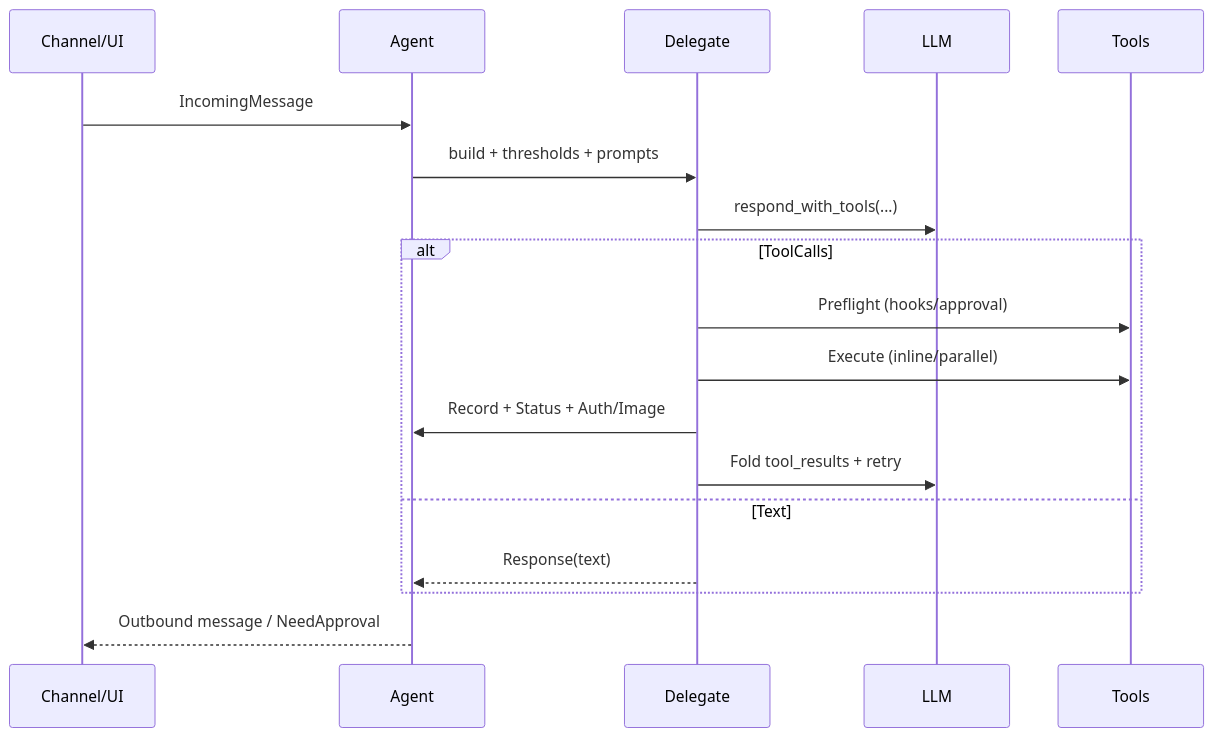
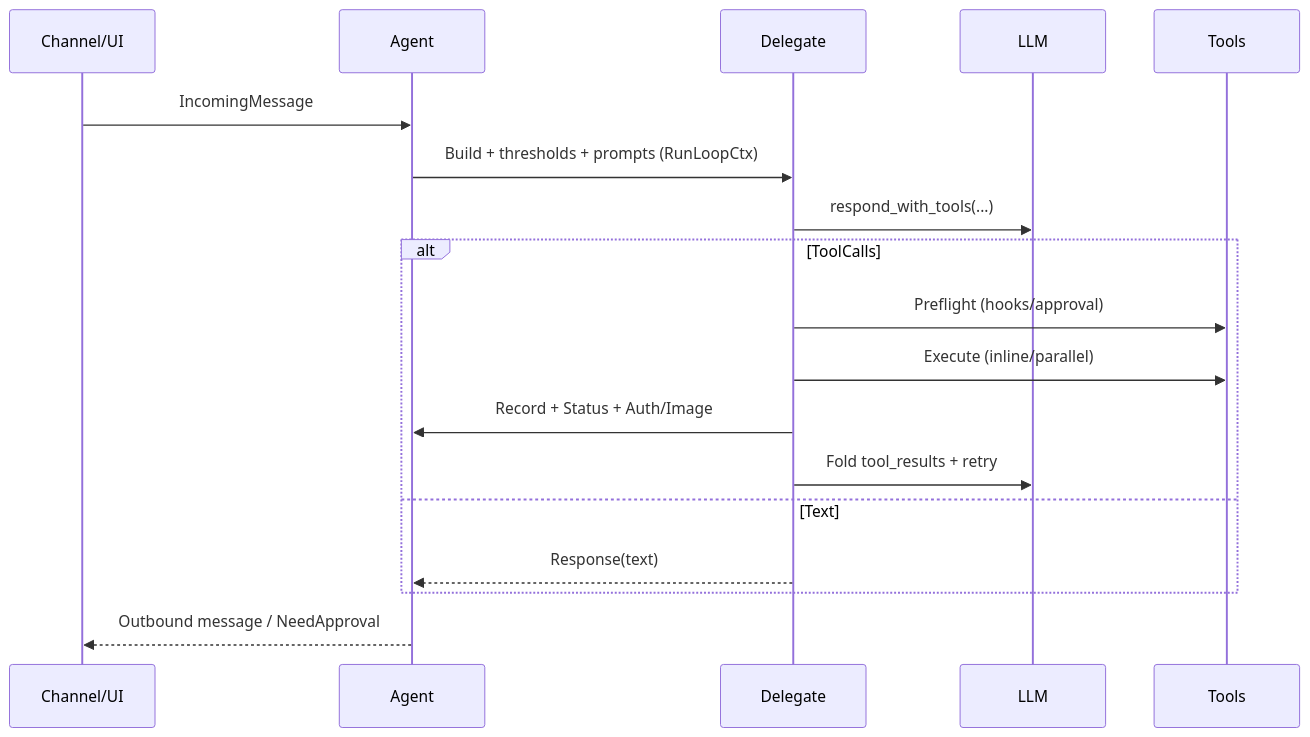
Before and after one commit to leynos/axinite: the diagram in docs/developers-guide.md, drawn with Mermaid. The commit also changed other lines of this file, not shown here.

First line of the commit message:
docs(dispatcher): describe delegate and architecture

````diff
--- a/docs/developers-guide.md
+++ b/docs/developers-guide.md
@@ -330,21 +342,21 @@
 ```mermaid
 sequenceDiagram
   participant UI as Channel/UI
   participant Agent
   participant Delegate
   participant LLM
   participant Tools
 
   UI->>Agent: IncomingMessage
-  Agent->>Delegate: build + thresholds + prompts
+  Agent->>Delegate: Build + thresholds + prompts (RunLoopCtx)
   Delegate->>LLM: respond_with_tools(...)
   alt ToolCalls
     Delegate->>Tools: Preflight (hooks/approval)
     Delegate->>Tools: Execute (inline/parallel)
     Delegate->>Agent: Record + Status + Auth/Image
     Delegate->>LLM: Fold tool_results + retry
   else Text
     Delegate-->>Agent: Response(text)
   end
   Agent-->>UI: Outbound message / NeedApproval
 ```
````
